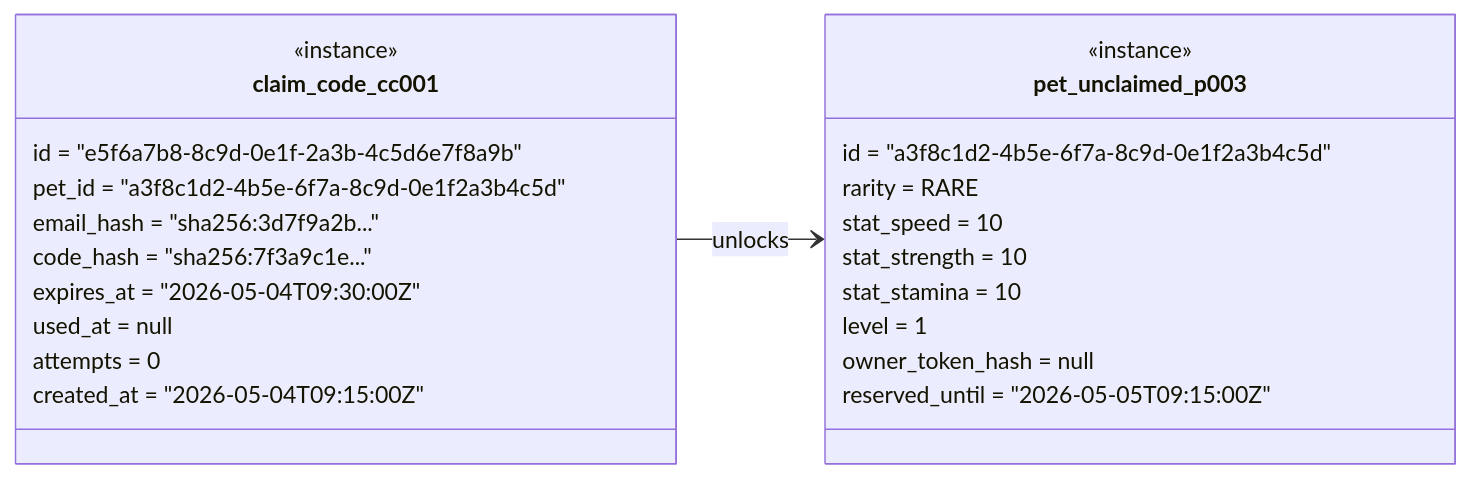
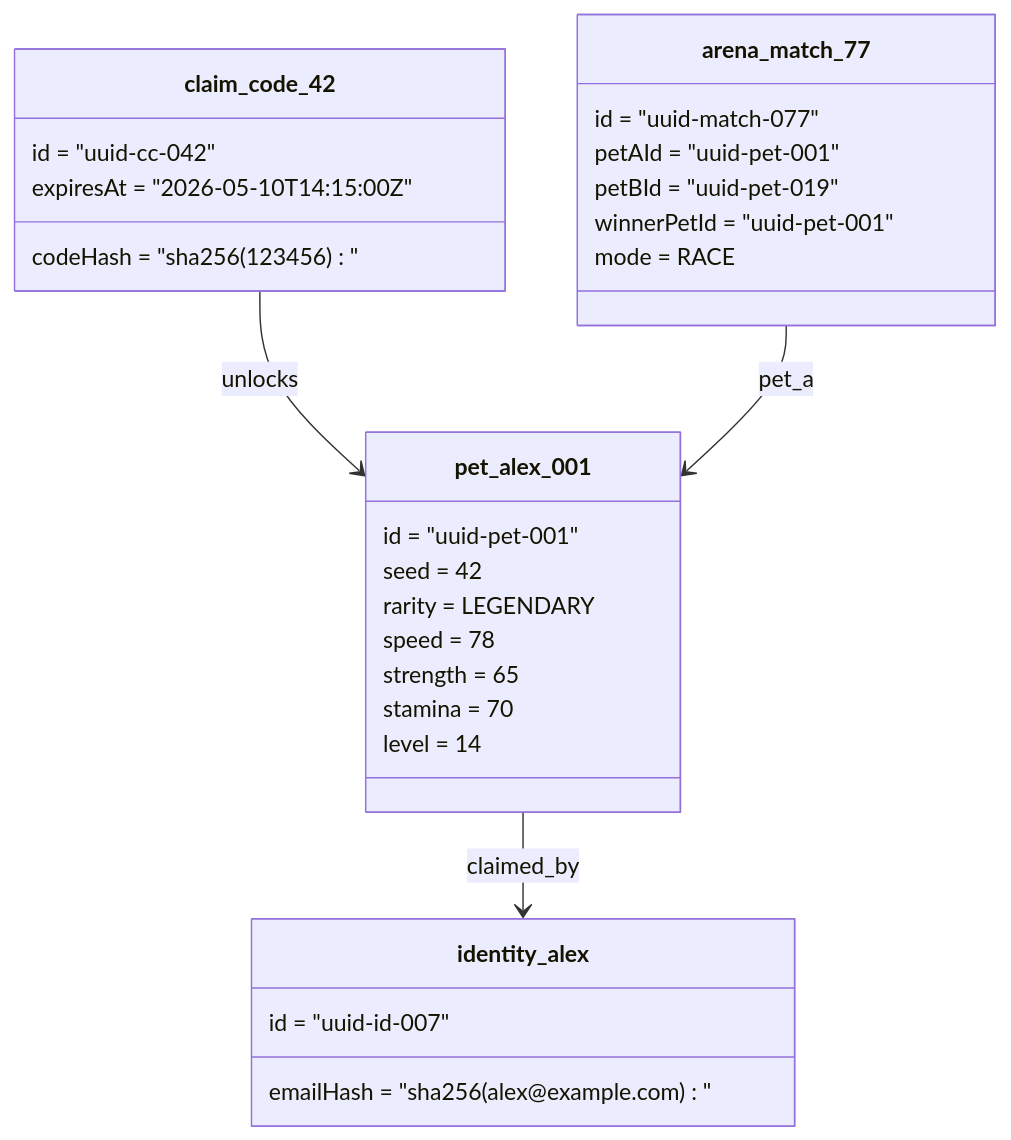
The diagram in docs/diagrams/object-snapshot.md (ibalasite/pet), drawn with Mermaid before and after one commit. The commit also changed other lines of this file and 17 other files, not shown here.

First line of the commit message:
docs(gendoc)[UML]: regenerate UML 9-set + ER from updated EDD/SCHEMA

````diff
--- a/docs/diagrams/object-snapshot.md
+++ b/docs/diagrams/object-snapshot.md
@@ -98,30 +12,31 @@
 ```mermaid
 classDiagram
-    direction LR
-
-    class claim_code_cc001 {
-        <<instance>>
-        id = "e5f6a7b8-8c9d-0e1f-2a3b-4c5d6e7f8a9b"
-        pet_id = "a3f8c1d2-4b5e-6f7a-8c9d-0e1f2a3b4c5d"
-        email_hash = "sha256:3d7f9a2b..."
-        code_hash = "sha256:7f3a9c1e..."
-        expires_at = "2026-05-04T09:30:00Z"
-        used_at = null
-        attempts = 0
-        created_at = "2026-05-04T09:15:00Z"
+    class pet_alex_001 {
+        id = "uuid-pet-001"
+        seed = 42
+        rarity = LEGENDARY
+        speed = 78
+        strength = 65
+        stamina = 70
+        level = 14
     }
-
-    class pet_unclaimed_p003 {
-        <<instance>>
-        id = "a3f8c1d2-4b5e-6f7a-8c9d-0e1f2a3b4c5d"
-        rarity = RARE
-        stat_speed = 10
-        stat_strength = 10
-        stat_stamina = 10
-        level = 1
-        owner_token_hash = null
-        reserved_until = "2026-05-05T09:15:00Z"
+    class identity_alex {
+        id = "uuid-id-007"
+        emailHash = "sha256(alex@example.com)"
     }
-
-    claim_code_cc001 --> pet_unclaimed_p003 : unlocks
+    class claim_code_42 {
+        id = "uuid-cc-042"
+        codeHash = "sha256(123456)"
+        expiresAt = "2026-05-10T14:15:00Z"
+    }
+    class arena_match_77 {
+        id = "uuid-match-077"
+        petAId = "uuid-pet-001"
+        petBId = "uuid-pet-019"
+        winnerPetId = "uuid-pet-001"
+        mode = RACE
+    }
+    pet_alex_001 --> identity_alex : claimed_by
+    claim_code_42 --> pet_alex_001 : unlocks
+    arena_match_77 --> pet_alex_001 : pet_a
 ```
````
